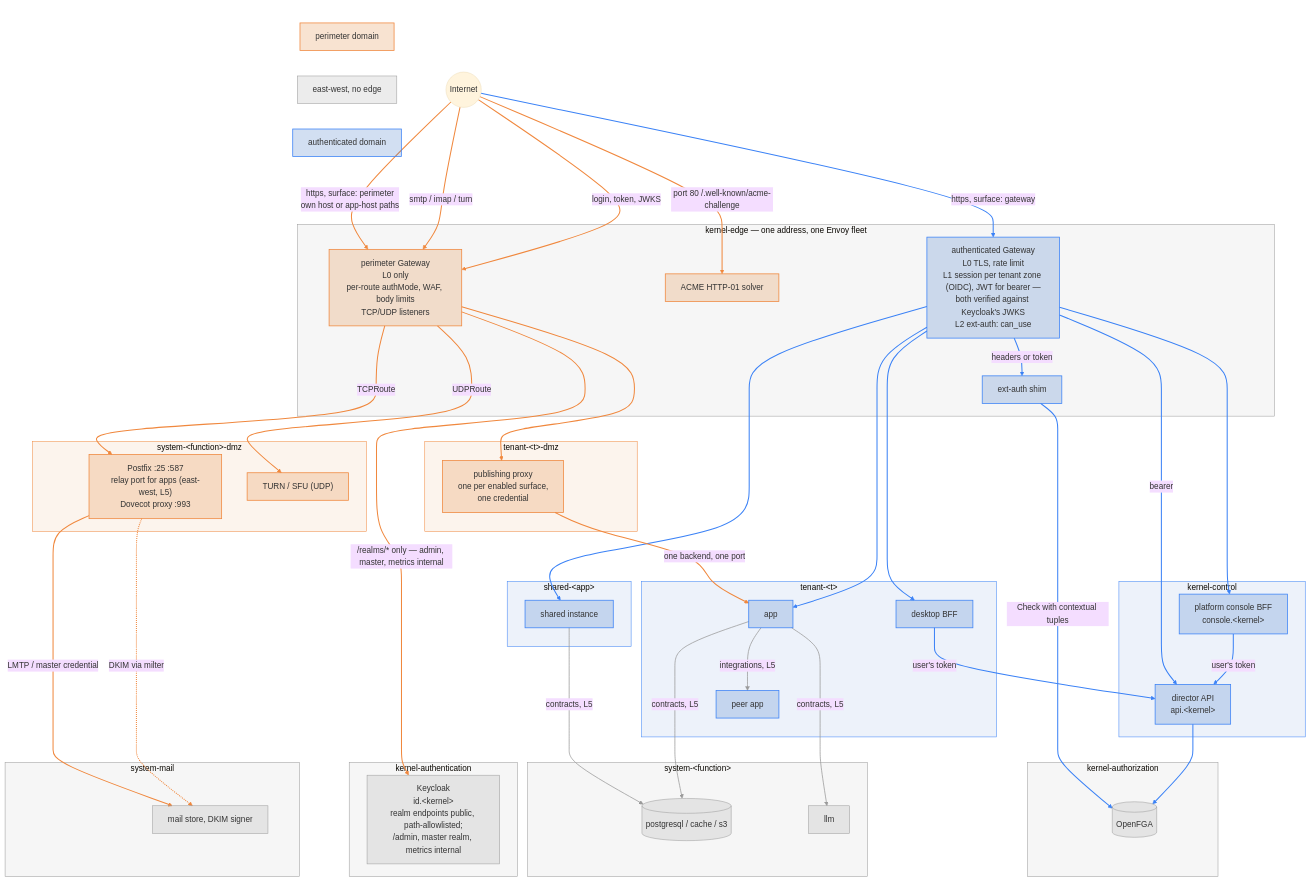
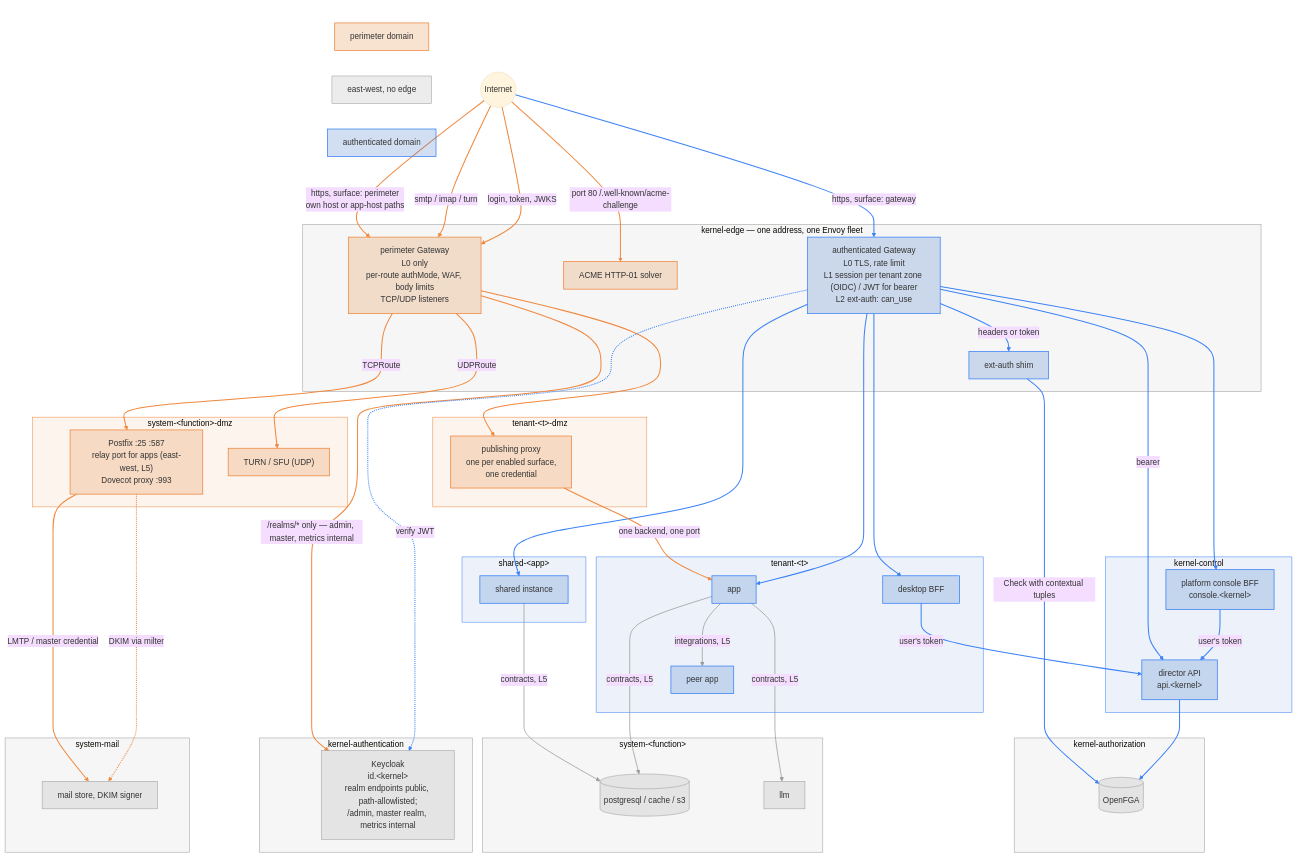
Before and after one commit to gentian-org/gentian-os: the diagram in docs/plans/networking.md, drawn with Mermaid (base theme).

Commit message:
docs(networking): keep the gateway → Keycloak JWT-verification edge

````diff
--- a/docs/plans/networking.md
+++ b/docs/plans/networking.md
@@ -61,7 +61,7 @@
     S5[" "]
 
     subgraph EDGE["kernel-edge — one address, one Envoy fleet"]
-        AG["authenticated Gateway<br/>L0 TLS, rate limit<br/>L1 session per tenant zone (OIDC), JWT for bearer —<br/>both verified against Keycloak's JWKS<br/>L2 ext-auth: can_use"]
+        AG["authenticated Gateway<br/>L0 TLS, rate limit<br/>L1 session per tenant zone (OIDC) / JWT for bearer<br/>L2 ext-auth: can_use"]
         SHIM["ext-auth shim"]
         ACME["ACME HTTP-01 solver"]
         PG["perimeter Gateway<br/>L0 only<br/>per-route authMode, WAF, body limits<br/>TCP/UDP listeners"]
@@ -139,6 +139,7 @@
     PG -->|"TCPRoute"| MTA
     PG -->|"UDPRoute"| TURN
     PG -->|"/realms/* only — admin, master, metrics internal"| KC
+    AG -. "verify JWT" .-> KC
     MTA -->|"LMTP / master credential"| STORE
     MTA -. "DKIM via milter" .-> STORE
     PX -->|"one backend, one port"| APP
@@ -181,7 +182,7 @@
     style SYS fill:#80808012,stroke:#9a9a9a
     style SMAIL fill:#80808012,stroke:#9a9a9a
     style LEGEND fill:none,stroke:none
-    linkStyle 14,15,16,17,18,19,20,21,22,23,24 stroke:#f0883e,stroke-width:2px
-    linkStyle 0,1,2,3,4,5,6,7,8,9,25 stroke:#3b82f6,stroke-width:2px
+    linkStyle 14,15,16,17,18,19,20,21,23,24,25 stroke:#f0883e,stroke-width:2px
+    linkStyle 0,1,2,3,4,5,6,7,8,9,22,26 stroke:#3b82f6,stroke-width:2px
     linkStyle 10,11,12,13 stroke:#9a9a9a,stroke-width:1.5px
 ```
````
